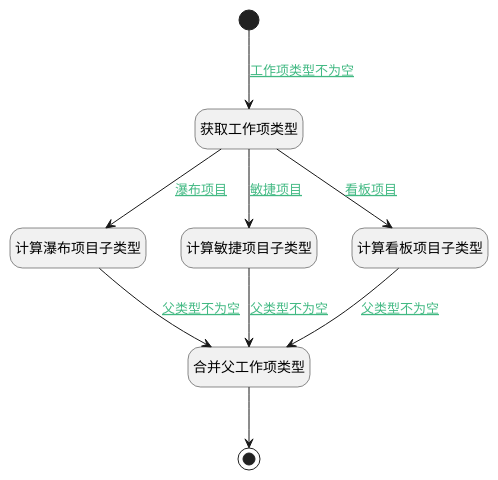
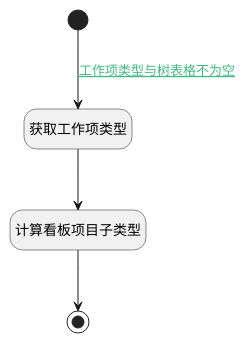
One commit to iBizLab/plm changed the diagram in doc/docsify/module/ProjMgmt/work_item/uilogic/calc_children_work_item_type.md. Above: the diagram before and after it, drawn with PlantUML. The commit also changed other lines of this file and 1068 other files, not shown here.

````diff
--- a/doc/docsify/module/ProjMgmt/work_item/uilogic/calc_children_work_item_type.md
+++ b/doc/docsify/module/ProjMgmt/work_item/uilogic/calc_children_work_item_type.md
@@ -7,31 +7,23 @@
 ```plantuml
 @startuml
 hide footbox
 <style>
 root {
   HyperlinkColor #42b983
 }
 </style>
 
 hide empty description
 state "开始" as Begin <<start>> [[$./calc_children_work_item_type#begin {开始}]]
-state "计算瀑布项目子类型" as RAWJSCODE2  [[$./calc_children_work_item_type#rawjscode2 {计算瀑布项目子类型}]]
 state "结束" as END1 <<end>> [[$./calc_children_work_item_type#end1 {结束}]]
-state "计算敏捷项目子类型" as RAWJSCODE3  [[$./calc_children_work_item_type#rawjscode3 {计算敏捷项目子类型}]]
-state "合并父工作项类型" as PREPAREJSPARAM2  [[$./calc_children_work_item_type#preparejsparam2 {合并父工作项类型}]]
 state "计算看板项目子类型" as RAWJSCODE1  [[$./calc_children_work_item_type#rawjscode1 {计算看板项目子类型}]]
 state "获取工作项类型" as PREPAREJSPARAM1  [[$./calc_children_work_item_type#preparejsparam1 {获取工作项类型}]]
 
 
-Begin --> PREPAREJSPARAM1 : [[$./calc_children_work_item_type#begin-preparejsparam1{工作项类型不为空} 工作项类型不为空]]
-PREPAREJSPARAM1 --> RAWJSCODE1 : [[$./calc_children_work_item_type#preparejsparam1-rawjscode1{看板项目} 看板项目]]
-RAWJSCODE1 --> PREPAREJSPARAM2 : [[$./calc_children_work_item_type#rawjscode1-preparejsparam2{父类型不为空} 父类型不为空]]
-PREPAREJSPARAM2 --> END1
-PREPAREJSPARAM1 --> RAWJSCODE2 : [[$./calc_children_work_item_type#preparejsparam1-rawjscode2{瀑布项目} 瀑布项目]]
-RAWJSCODE2 --> PREPAREJSPARAM2 : [[$./calc_children_work_item_type#rawjscode2-preparejsparam2{父类型不为空} 父类型不为空]]
-PREPAREJSPARAM1 --> RAWJSCODE3 : [[$./calc_children_work_item_type#preparejsparam1-rawjscode3{敏捷项目} 敏捷项目]]
-RAWJSCODE3 --> PREPAREJSPARAM2 : [[$./calc_children_work_item_type#rawjscode3-preparejsparam2{父类型不为空} 父类型不为空]]
+Begin --> PREPAREJSPARAM1 : [[$./calc_children_work_item_type#begin-preparejsparam1{工作项类型与树表格不为空} 工作项类型与树表格不为空]]
+PREPAREJSPARAM1 --> RAWJSCODE1
+RAWJSCODE1 --> END1
 
 
 @enduml
 ```
````
